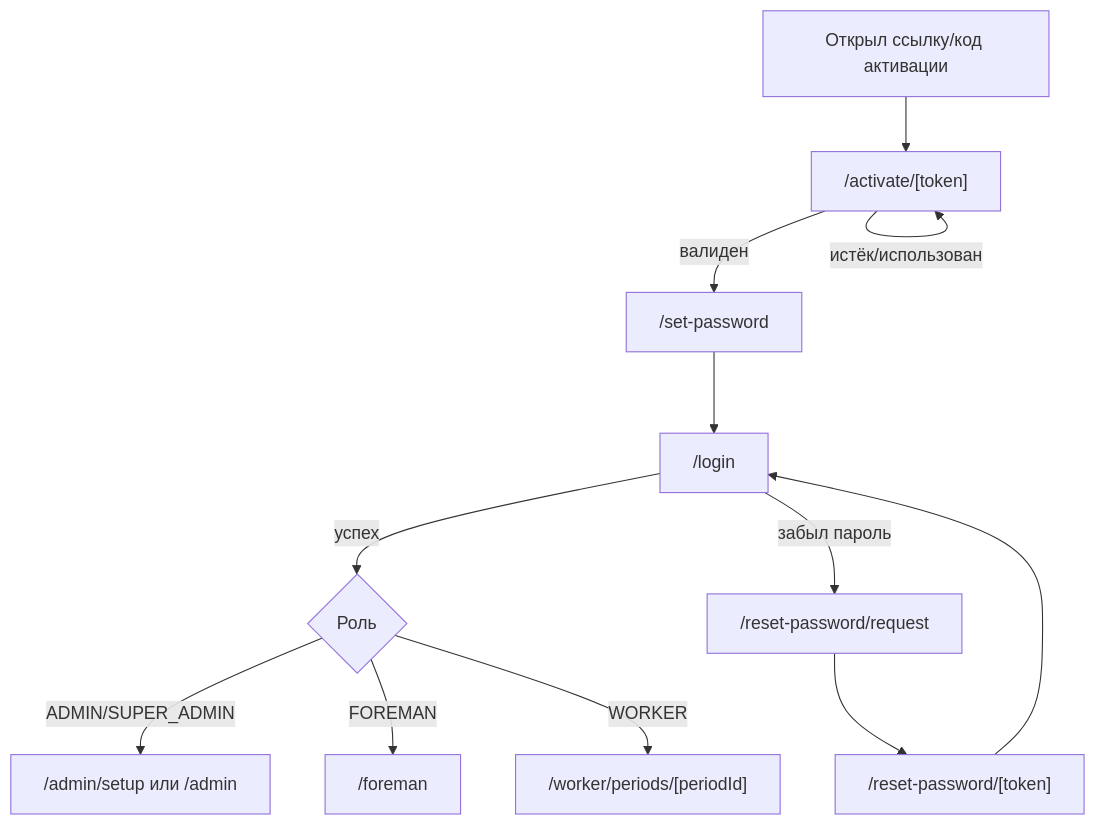
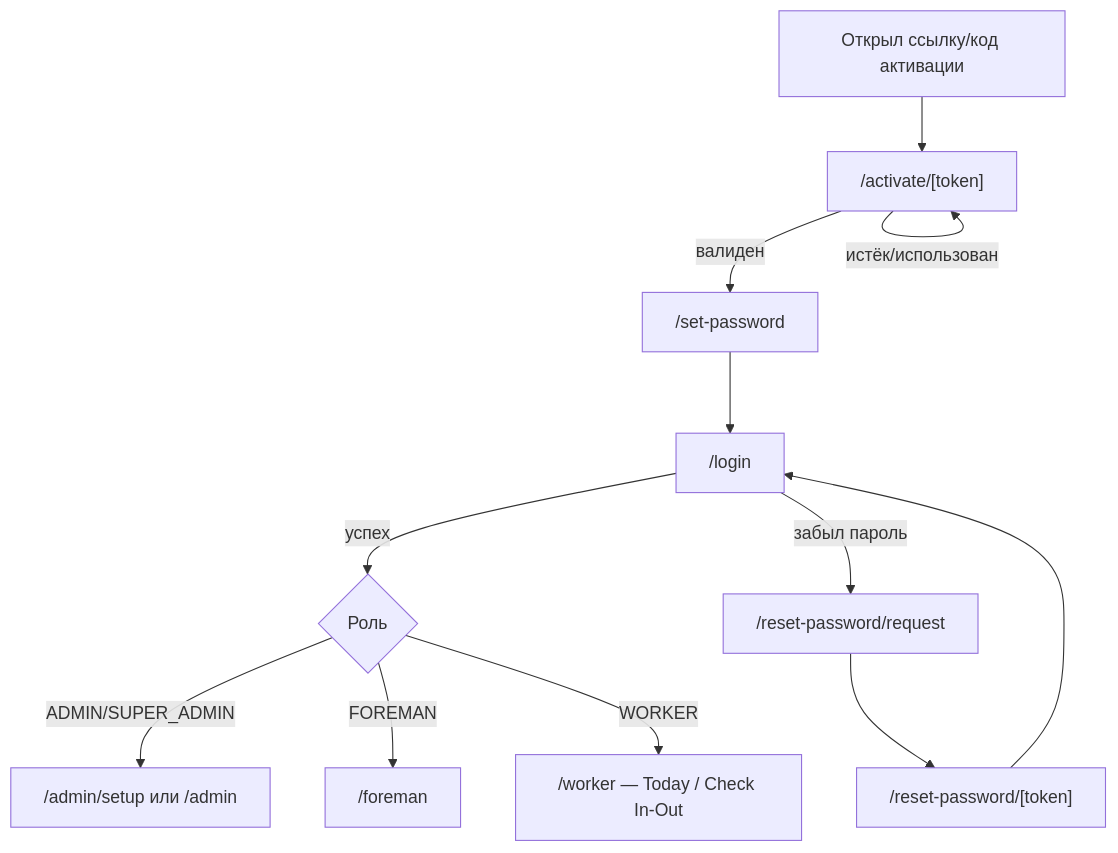
One commit to Hamec01/titangroup changed the first of 4 diagrams in docs/titanor-time/01_SCREEN_MAP.md. Above: the diagram before and after it, drawn with Mermaid. The commit also changed other lines of this file and 2 other files, not shown here.

````diff
--- a/docs/titanor-time/01_SCREEN_MAP.md
+++ b/docs/titanor-time/01_SCREEN_MAP.md
@@ -832,14 +868,14 @@
 ```mermaid
 flowchart TD
     A["Открыл ссылку/код активации"] --> B["/activate/[token]"]
     B -->|валиден| C["/set-password"]
     B -->|истёк/использован| B
     C --> D["/login"]
     D -->|успех| E{Роль}
     E -->|ADMIN/SUPER_ADMIN| F["/admin/setup или /admin"]
     E -->|FOREMAN| G["/foreman"]
-    E -->|WORKER| H["/worker/periods/[periodId]"]
+    E -->|WORKER| H["/worker — Today / Check In-Out"]
     D -->|забыл пароль| I["/reset-password/request"]
     I --> J["/reset-password/[token]"]
     J --> D
 ```
````
